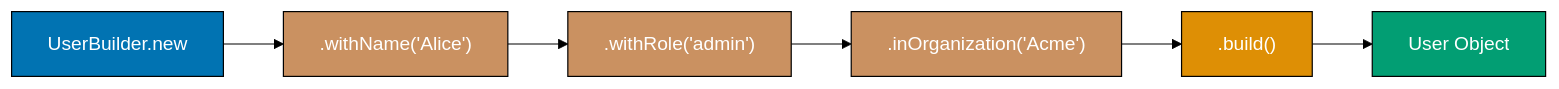
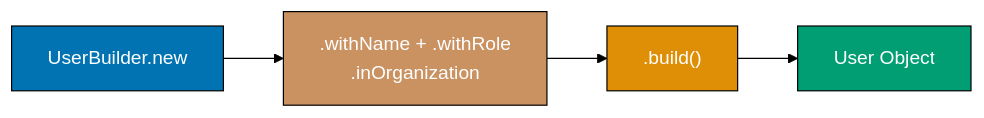
One commit to wahidyankf/open-sharia-enterprise changed the tenth of 12 diagrams in apps/ayokoding-web/content/en/learn/software-engineering/development/test-driven-development-tdd/by-example/intermediate.md. Above: the diagram before and after it, drawn with Mermaid (forest theme). The commit also changed other lines of this file and 16 other files, not shown here.

First line of the commit message:
fix(content): fix 46 pre-existing Mermaid violations in tutorial files

````diff
--- a/apps/ayokoding-web/content/en/learn/software-engineering/development/test-driven-development-tdd/by-example/intermediate.md
+++ b/apps/ayokoding-web/content/en/learn/software-engineering/development/test-driven-development-tdd/by-example/intermediate.md
@@ -2655,19 +2653,15 @@
 ```mermaid
 %% Color Palette: Blue #0173B2, Orange #DE8F05, Teal #029E73, Purple #CC78BC
 graph LR
     A[UserBuilder.new]
-    B[".withName('Alice')"]
-    C[".withRole('admin')"]
-    D[".inOrganization('Acme')"]
-    E[".build()"]
-    F[User Object]
+    B[".withName + .withRole<br/>.inOrganization"]
+    C[".build()"]
+    D[User Object]
 
-    A --> B --> C --> D --> E --> F
+    A --> B --> C --> D
 
     style A fill:#0173B2,stroke:#000,color:#fff
     style B fill:#CA9161,stroke:#000,color:#fff
-    style C fill:#CA9161,stroke:#000,color:#fff
-    style D fill:#CA9161,stroke:#000,color:#fff
-    style E fill:#DE8F05,stroke:#000,color:#fff
-    style F fill:#029E73,stroke:#000,color:#fff
+    style C fill:#DE8F05,stroke:#000,color:#fff
+    style D fill:#029E73,stroke:#000,color:#fff
 ```
````
